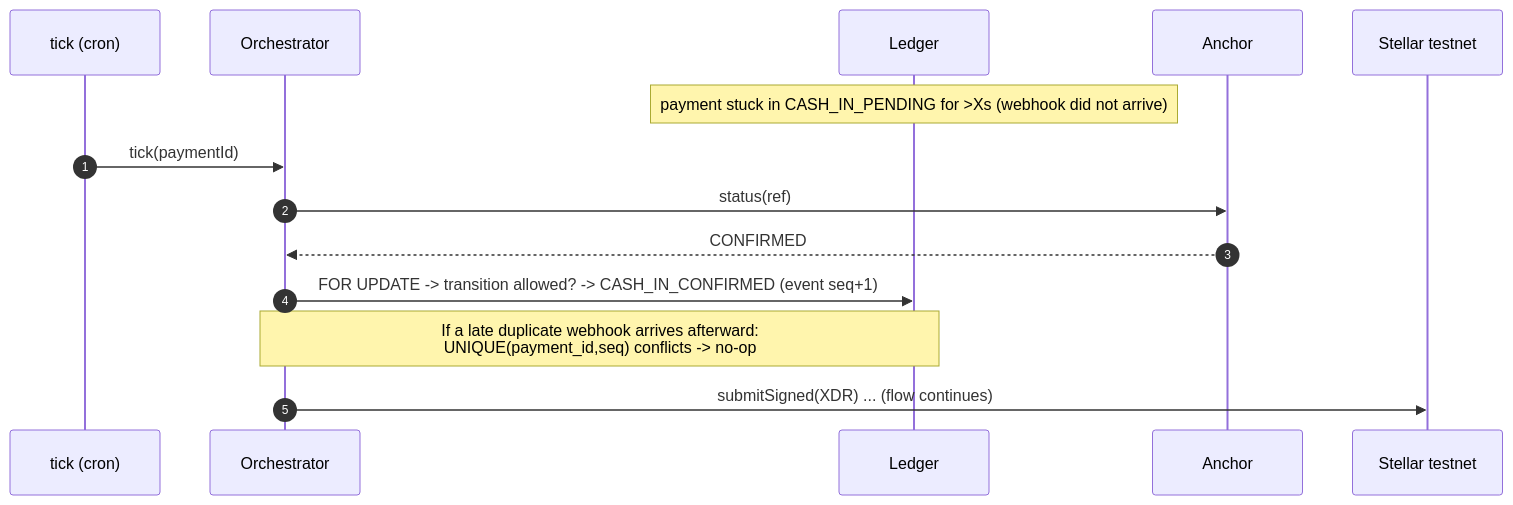
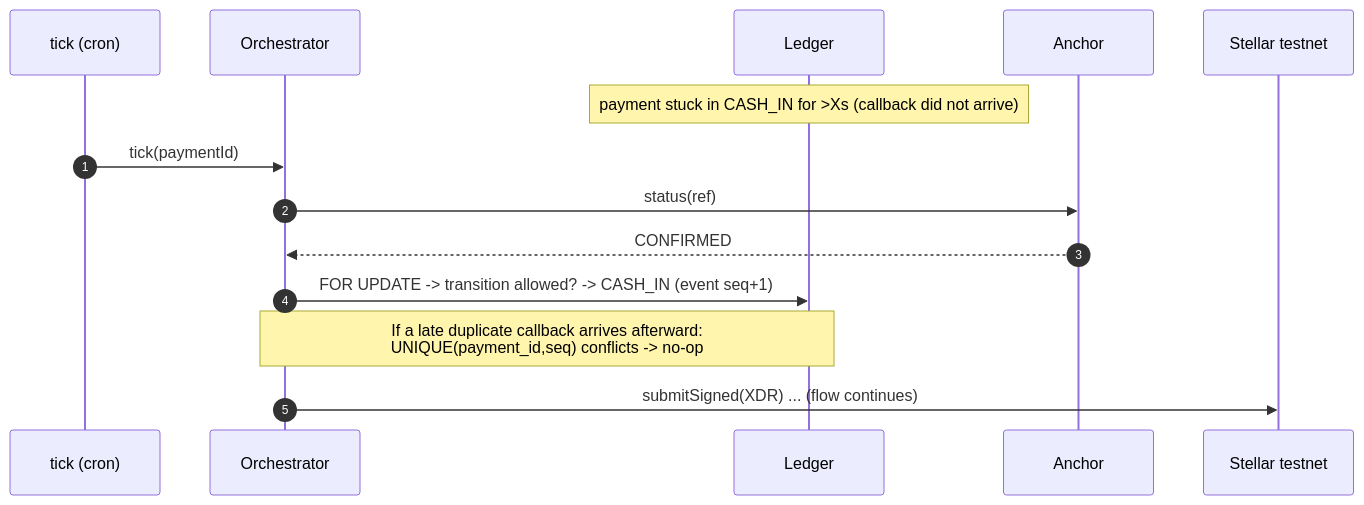
Before and after one commit to yigitcangokmen/corramoney: the fourth of 5 diagrams in docs/flows.md, drawn with Mermaid. The commit also changed other lines of this file and 8 other files, not shown here.

````diff
--- a/docs/flows.md
+++ b/docs/flows.md
@@ -88,17 +87,17 @@
 ```mermaid
 sequenceDiagram
     autonumber
     participant T as tick (cron)
     participant O as Orchestrator
     participant L as Ledger
     participant A as Anchor
     participant X as Stellar testnet
 
-    Note over L: payment stuck in CASH_IN_PENDING for >Xs (webhook did not arrive)
+    Note over L: payment stuck in CASH_IN for >Xs (callback did not arrive)
     T->>O: tick(paymentId)
     O->>A: status(ref)
     A-->>O: CONFIRMED
-    O->>L: FOR UPDATE -> transition allowed? -> CASH_IN_CONFIRMED (event seq+1)
-    Note over O,L: If a late duplicate webhook arrives afterward:<br/>UNIQUE(payment_id,seq) conflicts -> no-op
+    O->>L: FOR UPDATE -> transition allowed? -> CASH_IN (event seq+1)
+    Note over O,L: If a late duplicate callback arrives afterward:<br/>UNIQUE(payment_id,seq) conflicts -> no-op
     O->>X: submitSigned(XDR) ... (flow continues)
 ```
````
